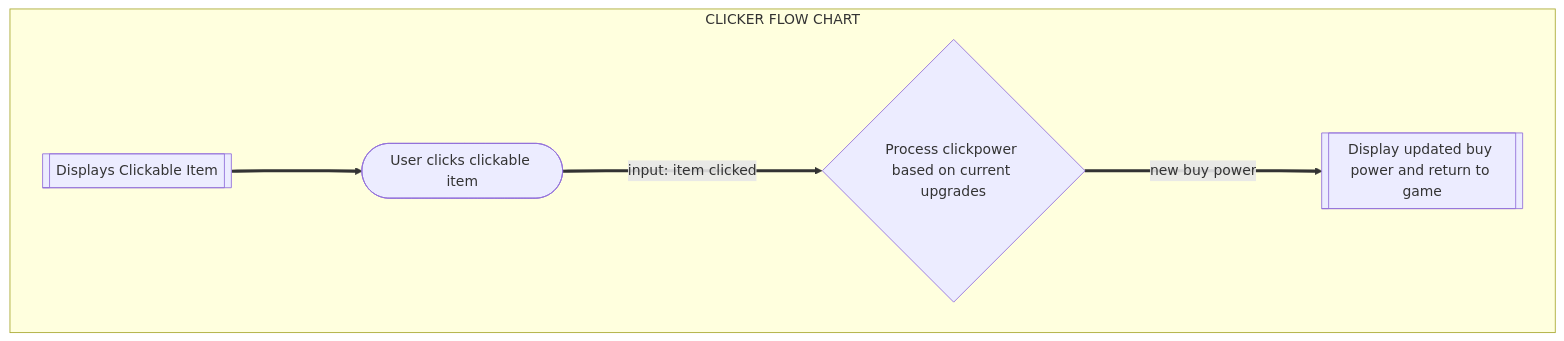
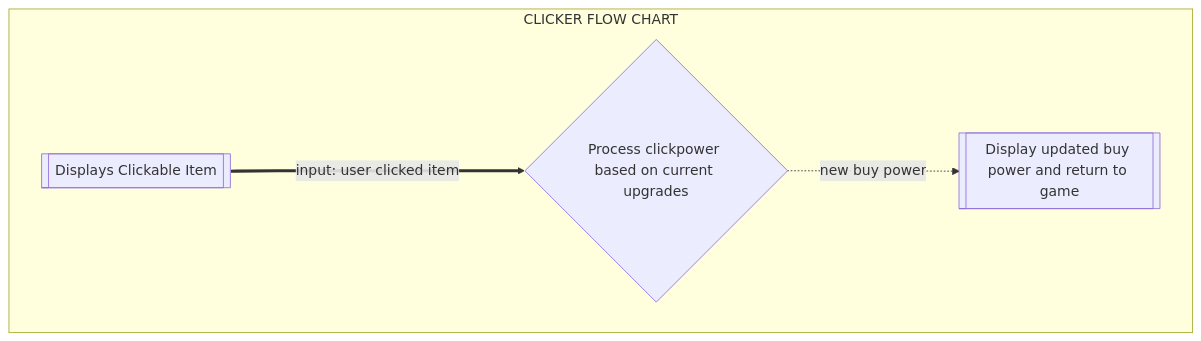
The first of 2 diagrams in flows.md (kaesotiric/money_clicker_game), drawn with Mermaid before and after one commit. The commit also changed other lines of this file and 1 other file, not shown here.

Commit message:
FINAL!! phase 1 design

````diff
--- a/flows.md
+++ b/flows.md
@@ -9,14 +9,13 @@
 ```mermaid
 flowchart TD
     subgraph CLICKER FLOW CHART
         display[[Displays Clickable Item]]
-        clickItem([User clicks clickable item])
+%%        clickItem([User clicks clickable item])
         updatedBP[[Display updated buy power and return to game]]
         display-result{Process clickpower based on current upgrades}
-        display===> clickItem
-        clickItem ==input: item clicked===> display-result
-        display-result==new buy power===>updatedBP
+        display ==input: user clicked item===> display-result
+        display-result-.new buy power.->updatedBP
         
         end
 
 ```
````
